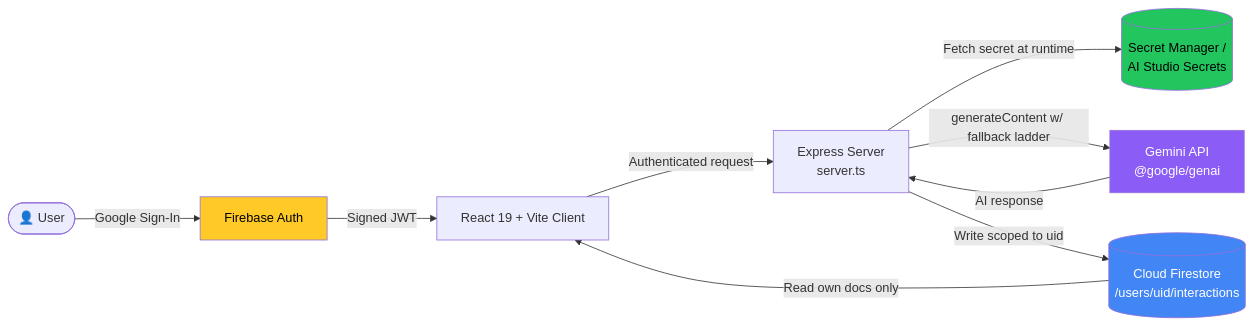
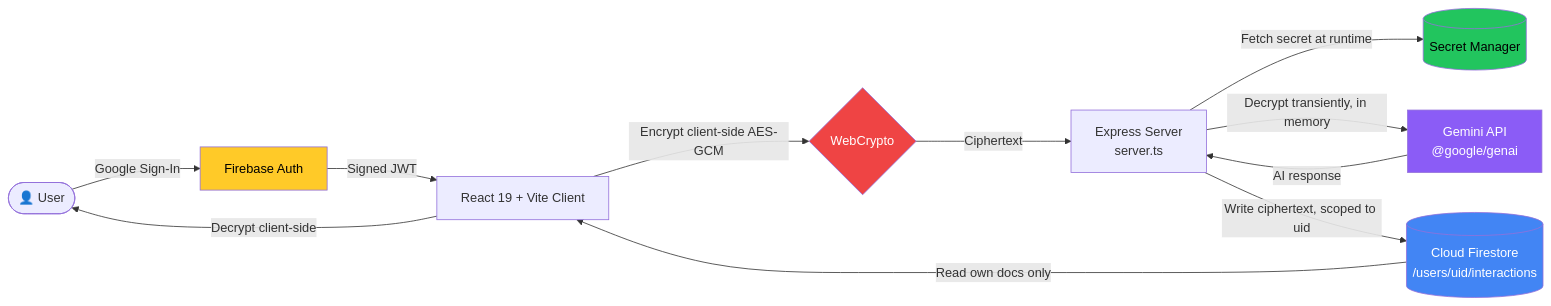
One commit to phadtareshivansh/ReflectAI changed the diagram in README.md. Above: the diagram before and after it, drawn with Mermaid. The commit also changed other lines of this file, not shown here.

````diff
--- a/README.md
+++ b/README.md
@@ -135,16 +194,19 @@
 ```mermaid
 flowchart LR
     U([👤 User]) -->|Google Sign-In| FA[Firebase Auth]
     FA -->|Signed JWT| C[React 19 + Vite Client]
-    C -->|Authenticated request| S[Express Server<br/>server.ts]
-    S -->|Fetch secret at runtime| SM[(Secret Manager /<br/>AI Studio Secrets)]
-    S -->|generateContent w/ fallback ladder| G[Gemini API<br/>@google/genai]
+    C -->|Encrypt client-side AES-GCM| ENC{WebCrypto}
+    ENC -->|Ciphertext| S[Express Server<br/>server.ts]
+    S -->|Fetch secret at runtime| SM[(Secret Manager)]
+    S -->|Decrypt transiently, in memory| G[Gemini API<br/>@google/genai]
     G -->|AI response| S
-    S -->|Write scoped to uid| F[(Cloud Firestore<br/>/users/uid/interactions)]
+    S -->|Write ciphertext, scoped to uid| F[(Cloud Firestore<br/>/users/uid/interactions)]
     F -->|Read own docs only| C
+    C -->|Decrypt client-side| U
 
     style FA fill:#FFCA28,color:#000
     style G fill:#8B5CF6,color:#fff
     style F fill:#4285F4,color:#fff
     style SM fill:#22C55E,color:#000
+    style ENC fill:#EF4444,color:#fff
 ```
````
